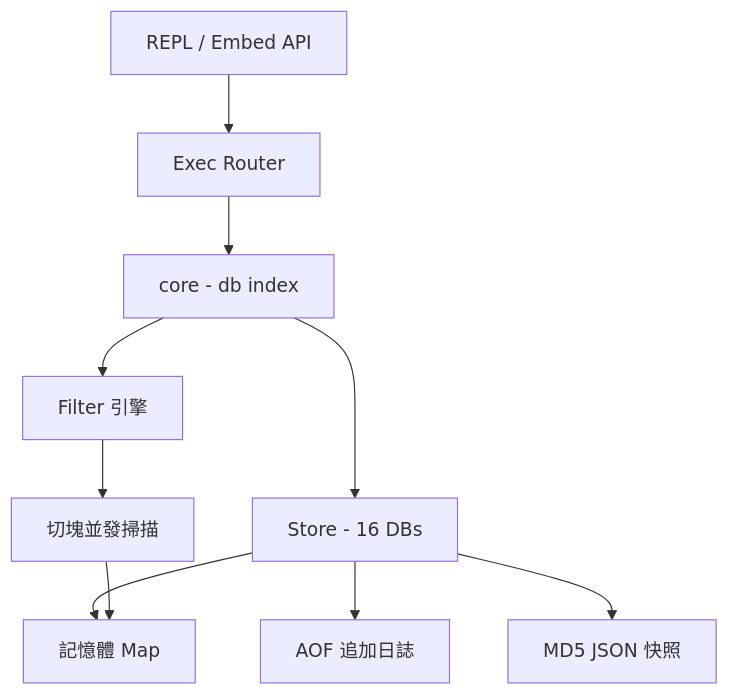
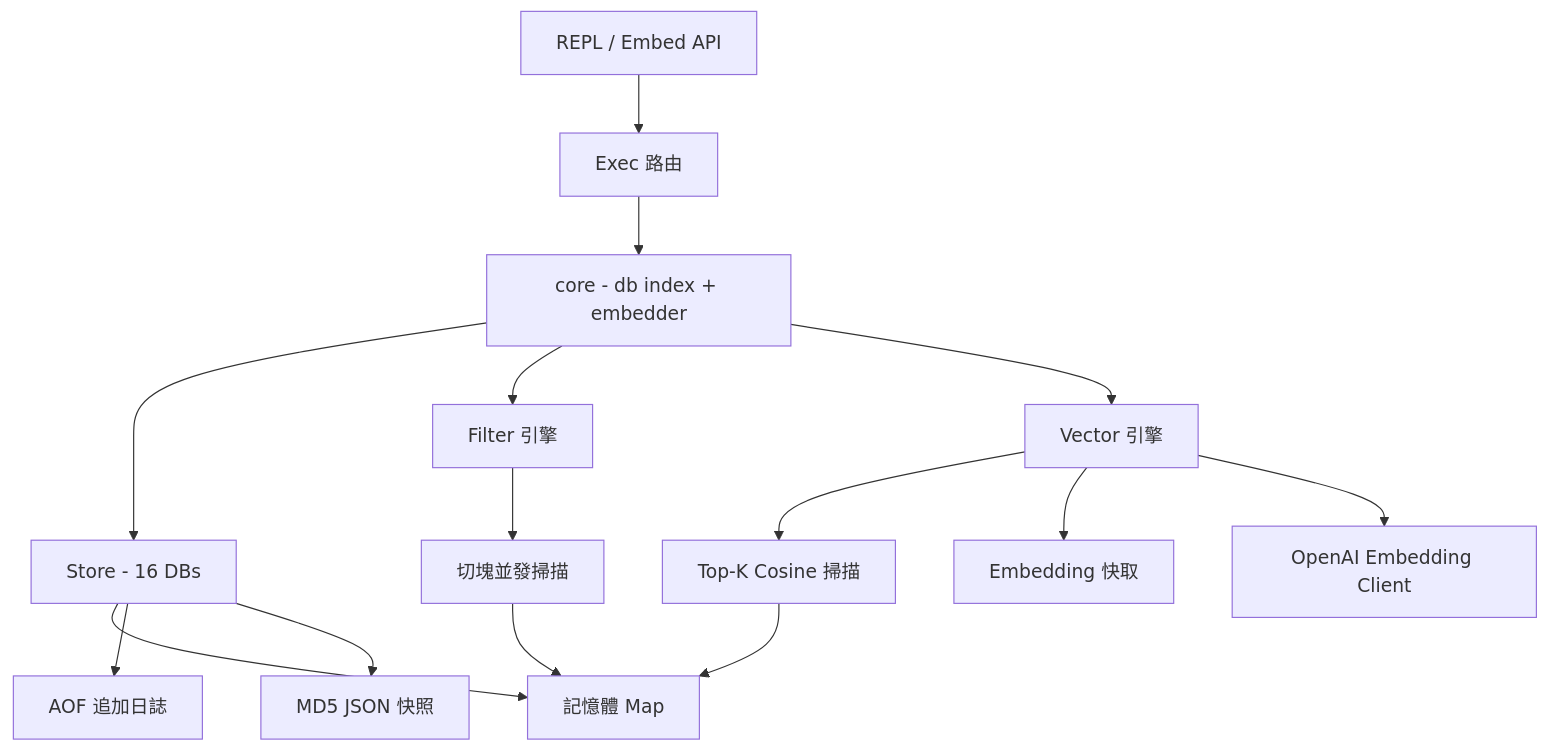
One commit to pardnchiu/ToriiDB changed the diagram in doc/README.zh.md. Above: the diagram before and after it, drawn with Mermaid. The commit also changed other lines of this file and 5 other files, not shown here.

Commit message:
release: v0.5.0 Add semantic vector search backed by OpenAI embeddings.

````diff
--- a/doc/README.zh.md
+++ b/doc/README.zh.md
@@ -102,12 +122,17 @@
 ```mermaid
 graph TB
-    Client[REPL / Embed API] --> Exec[Exec Router]
-    Exec --> Core[core - db index]
+    Client[REPL / Embed API] --> Exec[Exec 路由]
+    Exec --> Core[core - db index + embedder]
     Core --> Store[Store - 16 DBs]
     Core --> Filter[Filter 引擎]
+    Core --> Vector[Vector 引擎]
     Store --> Memory[記憶體 Map]
     Store --> AOF[AOF 追加日誌]
     Store --> Snapshot[MD5 JSON 快照]
     Filter --> Scan[切塊並發掃描]
+    Vector --> TopK[Top-K Cosine 掃描]
+    Vector --> EmbedCache[Embedding 快取]
+    Vector --> OpenAI[OpenAI Embedding Client]
     Scan --> Memory
+    TopK --> Memory
 ```
````
